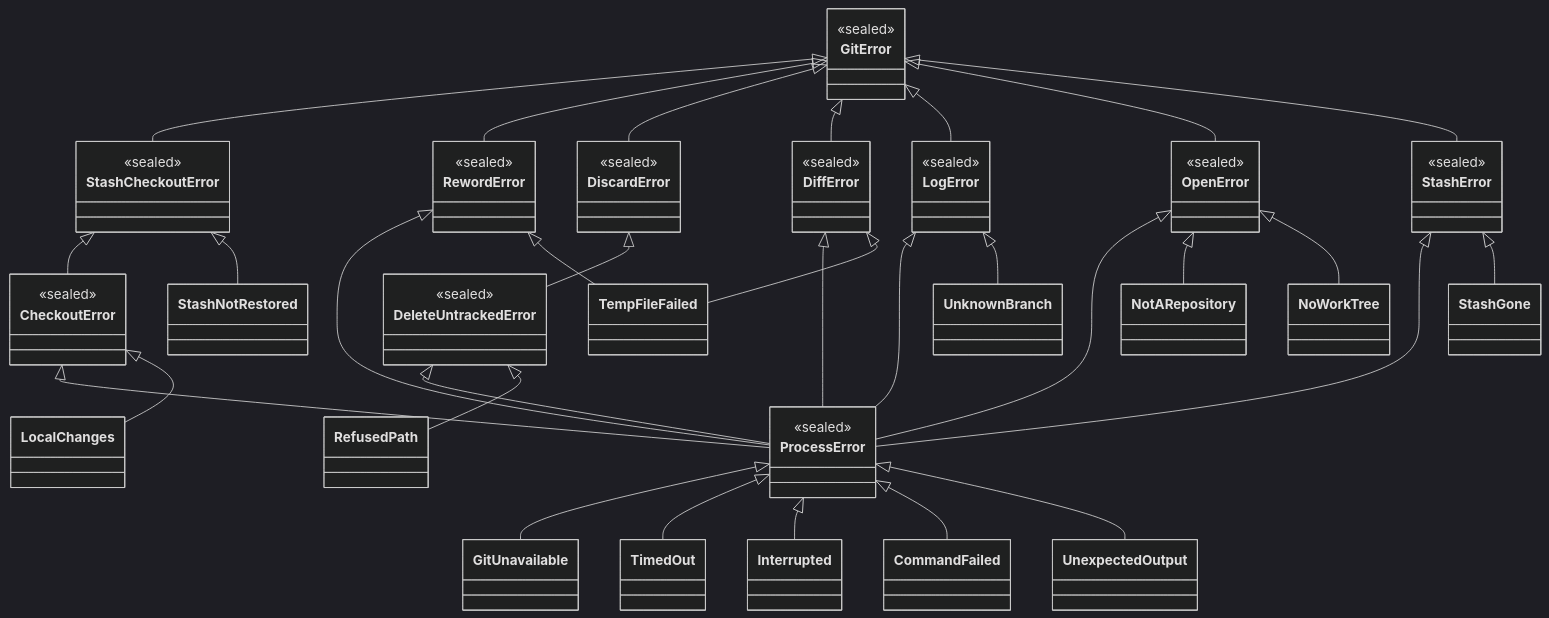
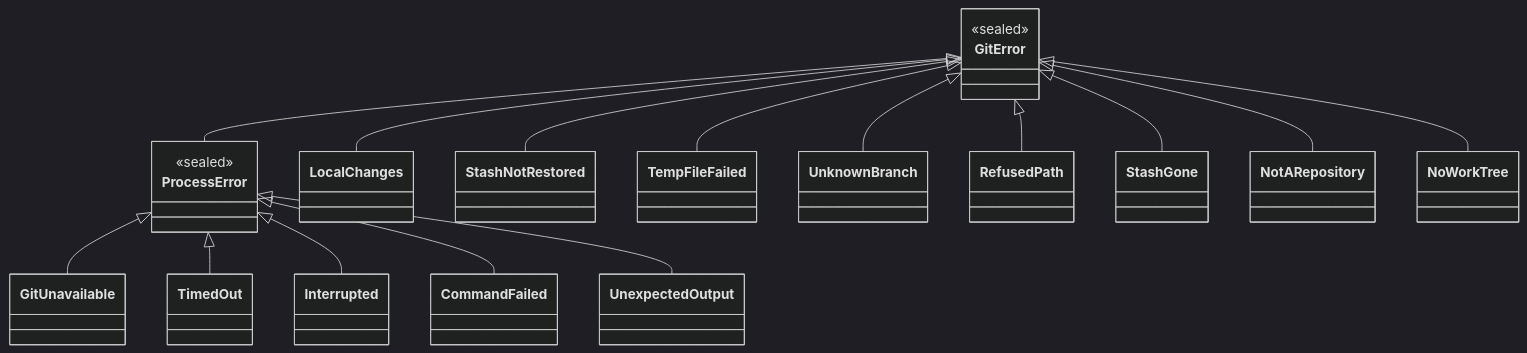
Before and after one commit to cvanfleteren/jazygit: the fifth of 7 diagrams in ARCHITECTURE.md, drawn with Mermaid (dark theme). The commit also changed other lines of this file and 18 other files, not shown here.

Commit message:
simplify GitError

````diff
--- a/ARCHITECTURE.md
+++ b/ARCHITECTURE.md
@@ -439,69 +439,26 @@
 ```mermaid
 classDiagram
     direction BT
     class GitError {
         <<sealed>>
     }
     class ProcessError {
         <<sealed>>
     }
-    class CheckoutError {
-        <<sealed>>
-    }
-    class StashCheckoutError {
-        <<sealed>>
-    }
-    class RewordError {
-        <<sealed>>
-    }
-    class DiscardError {
-        <<sealed>>
-    }
-    class DiffError {
-        <<sealed>>
-    }
-    class LogError {
-        <<sealed>>
-    }
-    class OpenError {
-        <<sealed>>
-    }
-    class StashError {
-        <<sealed>>
-    }
-    class DeleteUntrackedError {
-        <<sealed>>
-    }
 
-    StashCheckoutError --|> GitError
-    CheckoutError --|> StashCheckoutError
-    RewordError --|> GitError
-    DiscardError --|> GitError
-    DiffError --|> GitError
-    LogError --|> GitError
-    OpenError --|> GitError
-    StashError --|> GitError
-    DeleteUntrackedError --|> DiscardError
-    ProcessError --|> CheckoutError
-    ProcessError --|> RewordError
-    ProcessError --|> DeleteUntrackedError
-    ProcessError --|> DiffError
-    ProcessError --|> LogError
-    ProcessError --|> OpenError
-    ProcessError --|> StashError
+    ProcessError --|> GitError
 
     GitUnavailable --|> ProcessError
     TimedOut --|> ProcessError
     Interrupted --|> ProcessError
     CommandFailed --|> ProcessError
     UnexpectedOutput --|> ProcessError
-    LocalChanges --|> CheckoutError
-    StashNotRestored --|> StashCheckoutError
-    TempFileFailed --|> RewordError
-    TempFileFailed --|> DiffError
-    UnknownBranch --|> LogError
-    RefusedPath --|> DeleteUntrackedError
-    StashGone --|> StashError
-    NotARepository --|> OpenError
-    NoWorkTree --|> OpenError
+    LocalChanges --|> GitError
+    StashNotRestored --|> GitError
+    TempFileFailed --|> GitError
+    UnknownBranch --|> GitError
+    RefusedPath --|> GitError
+    StashGone --|> GitError
+    NotARepository --|> GitError
+    NoWorkTree --|> GitError
 ```
````
